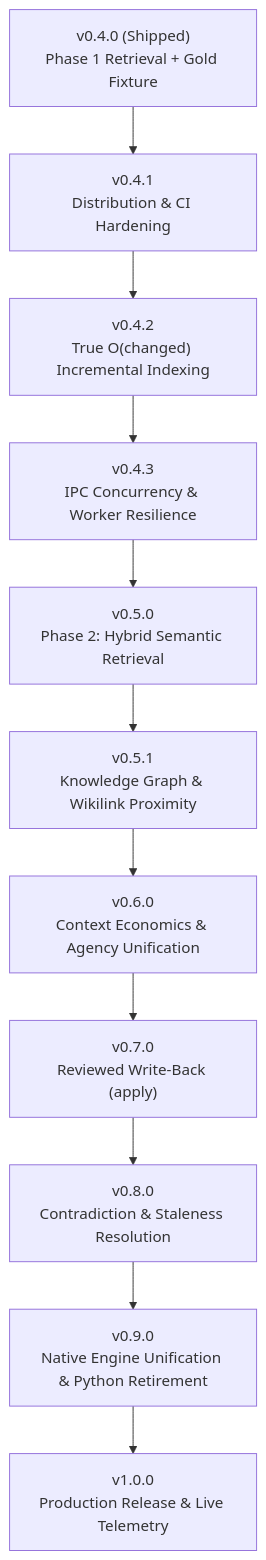
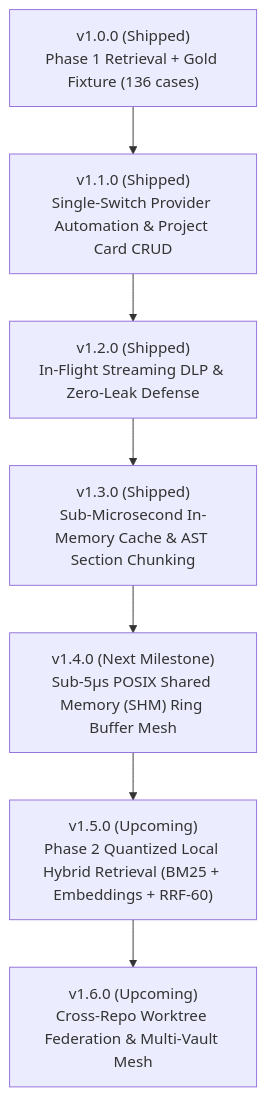
Before and after one commit to Ghost-9/local-memory-fabric: the diagram in ROADMAP.md, drawn with Mermaid. The commit also changed other lines of this file and 11 other files, not shown here.

Commit message:
release: v1.3.0 with sub-microsecond in-memory query caching, hierarchical AST section chunking, and multi-IDE section tooling (fixes #69, #70, #71)

````diff
--- a/ROADMAP.md
+++ b/ROADMAP.md
@@ -43,13 +43,9 @@
 ```mermaid
 flowchart TD
-    v040["v0.4.0 (Shipped)<br/>Phase 1 Retrieval + Gold Fixture"] --> v041["v0.4.1<br/>Distribution & CI Hardening"]
-    v041 --> v042["v0.4.2<br/>True O(changed) Incremental Indexing"]
-    v042 --> v043["v0.4.3<br/>IPC Concurrency & Worker Resilience"]
-    v043 --> v050["v0.5.0<br/>Phase 2: Hybrid Semantic Retrieval"]
-    v050 --> v051["v0.5.1<br/>Knowledge Graph & Wikilink Proximity"]
-    v051 --> v060["v0.6.0<br/>Context Economics & Agency Unification"]
-    v060 --> v070["v0.7.0<br/>Reviewed Write-Back (apply)"]
-    v070 --> v080["v0.8.0<br/>Contradiction & Staleness Resolution"]
-    v080 --> v090["v0.9.0<br/>Native Engine Unification & Python Retirement"]
-    v090 --> v100["v1.0.0<br/>Production Release & Live Telemetry"]
+    v100["v1.0.0 (Shipped)<br/>Phase 1 Retrieval + Gold Fixture (136 cases)"] --> v110["v1.1.0 (Shipped)<br/>Single-Switch Provider Automation & Project Card CRUD"]
+    v110 --> v120["v1.2.0 (Shipped)<br/>In-Flight Streaming DLP & Zero-Leak Defense"]
+    v120 --> v130["v1.3.0 (Shipped)<br/>Sub-Microsecond In-Memory Cache & AST Section Chunking"]
+    v130 --> v140["v1.4.0 (Next Milestone)<br/>Sub-5µs POSIX Shared Memory (SHM) Ring Buffer Mesh"]
+    v140 --> v150["v1.5.0 (Upcoming)<br/>Phase 2 Quantized Local Hybrid Retrieval (BM25 + Embeddings + RRF-60)"]
+    v150 --> v160["v1.6.0 (Upcoming)<br/>Cross-Repo Worktree Federation & Multi-Vault Mesh"]
 ```
````
